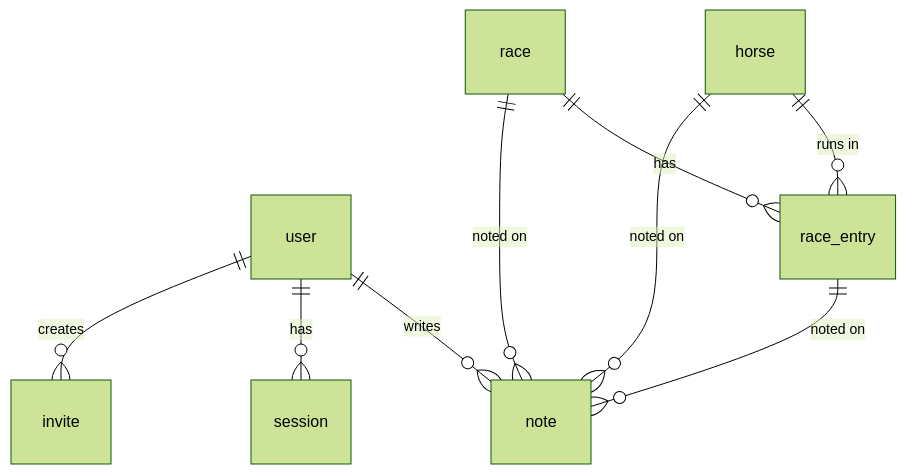
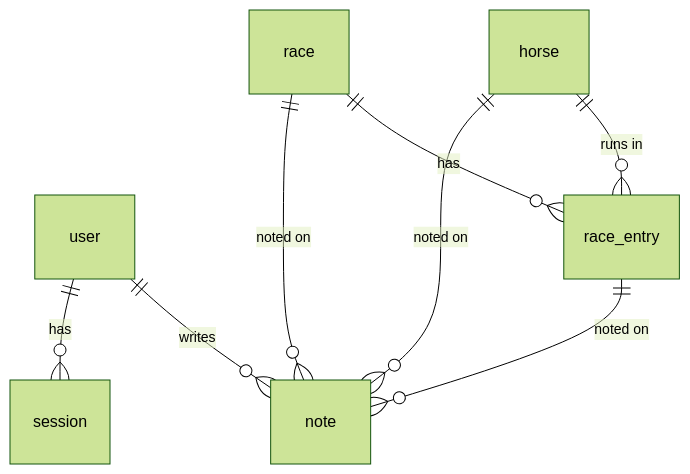
Before and after one commit to Atoyr/keiba-note: the diagram in docs/design.md, drawn with Mermaid (forest theme). The commit also changed other lines of this file and 3 other files, not shown here.

````diff
--- a/docs/design.md
+++ b/docs/design.md
@@ -220,11 +299,10 @@
 ```mermaid
 erDiagram
     user ||--o{ note : writes
     user ||--o{ session : has
-    user ||--o{ invite : creates
     horse ||--o{ race_entry : "runs in"
     race  ||--o{ race_entry : has
     race  ||--o{ note : "noted on"
     horse ||--o{ note : "noted on"
     race_entry ||--o{ note : "noted on"
 ```
````
